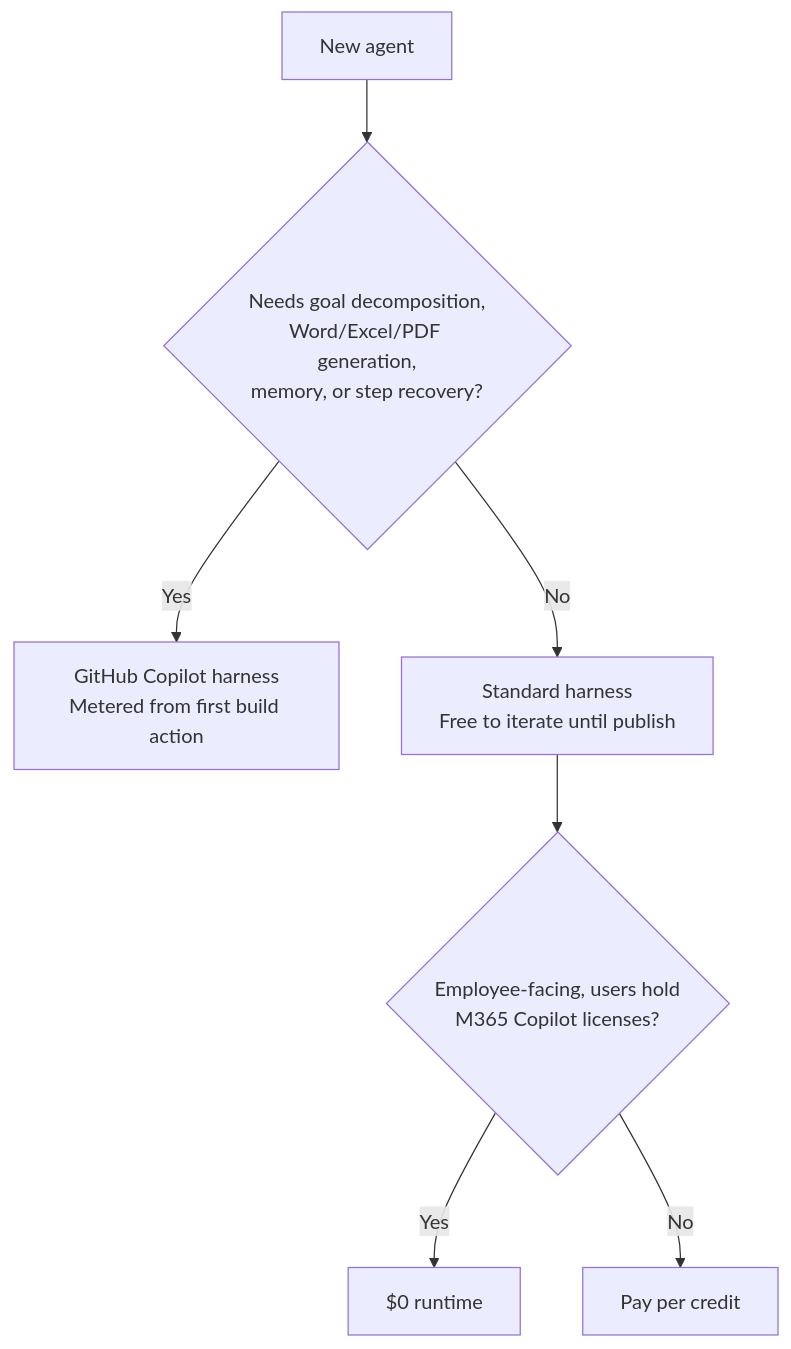
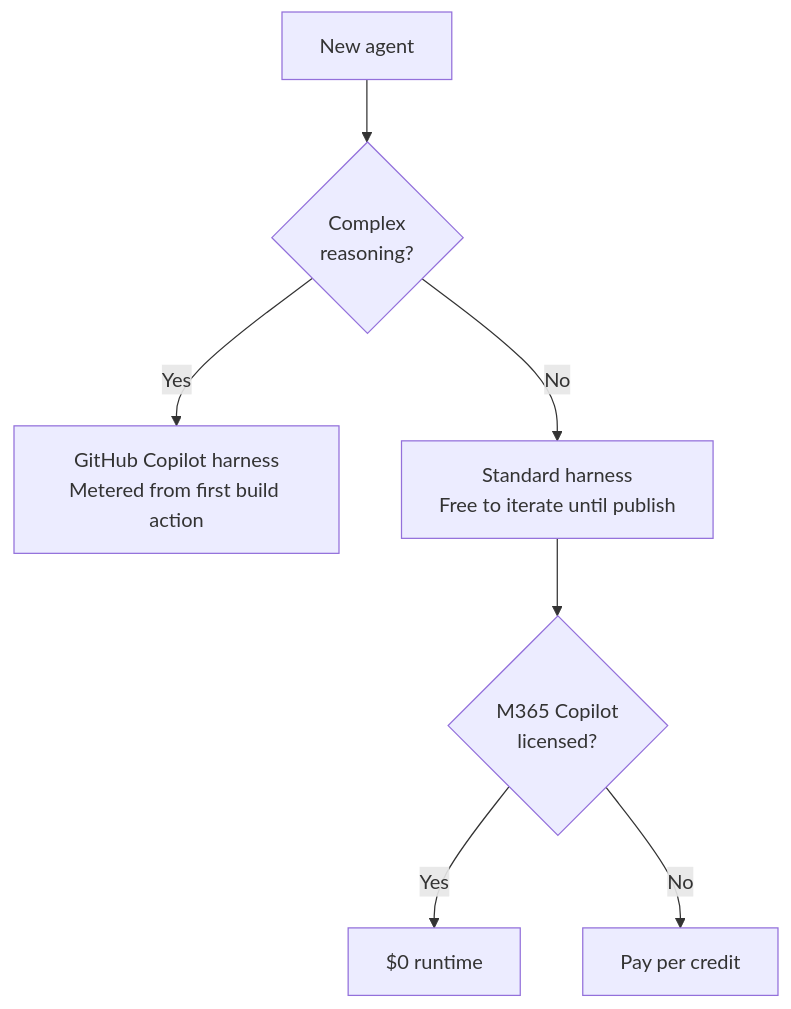
The diagram in _posts/2026-08-06-copilot-studio-agents-as-code.md (troystaylor/troystaylor.github.io), drawn with Mermaid before and after one commit.

Commit message:
Shorten mermaid decision labels to reduce diagram height

````diff
--- a/_posts/2026-08-06-copilot-studio-agents-as-code.md
+++ b/_posts/2026-08-06-copilot-studio-agents-as-code.md
@@ -69,9 +69,9 @@
 ```mermaid
 flowchart TD
-    A[New agent] --> B{Needs goal decomposition,<br/>Word/Excel/PDF generation,<br/>memory, or step recovery?}
+    A[New agent] --> B{Complex<br/>reasoning?}
     B -->|Yes| C[GitHub Copilot harness<br/>Metered from first build action]
     B -->|No| D[Standard harness<br/>Free to iterate until publish]
-    D --> E{Employee-facing, users hold<br/>M365 Copilot licenses?}
+    D --> E{M365 Copilot<br/>licensed?}
     E -->|Yes| F["$0 runtime"]
     E -->|No| G[Pay per credit]
 ```
````
